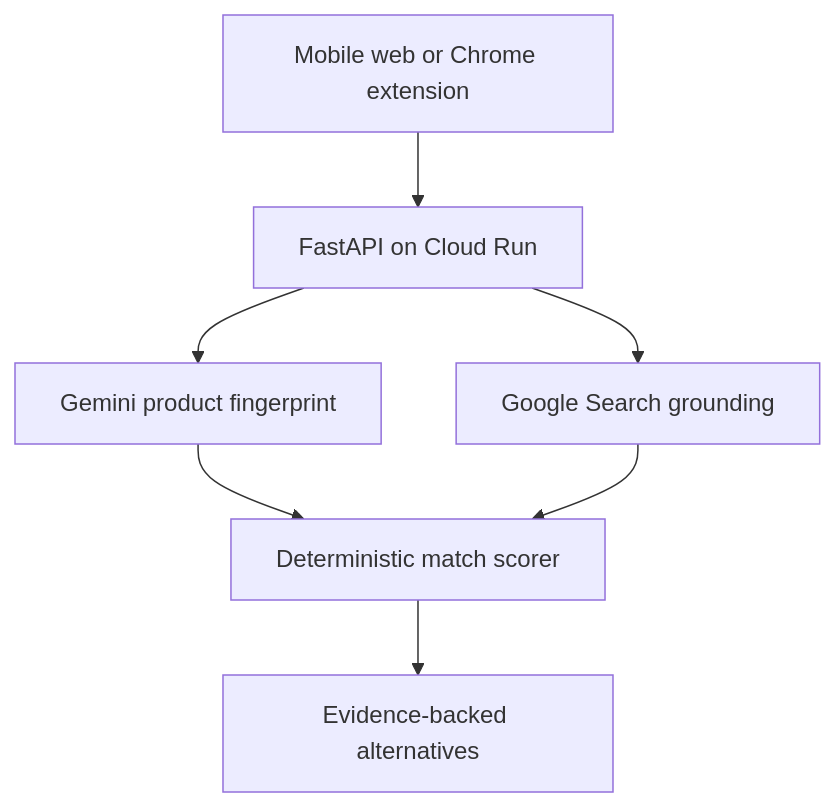
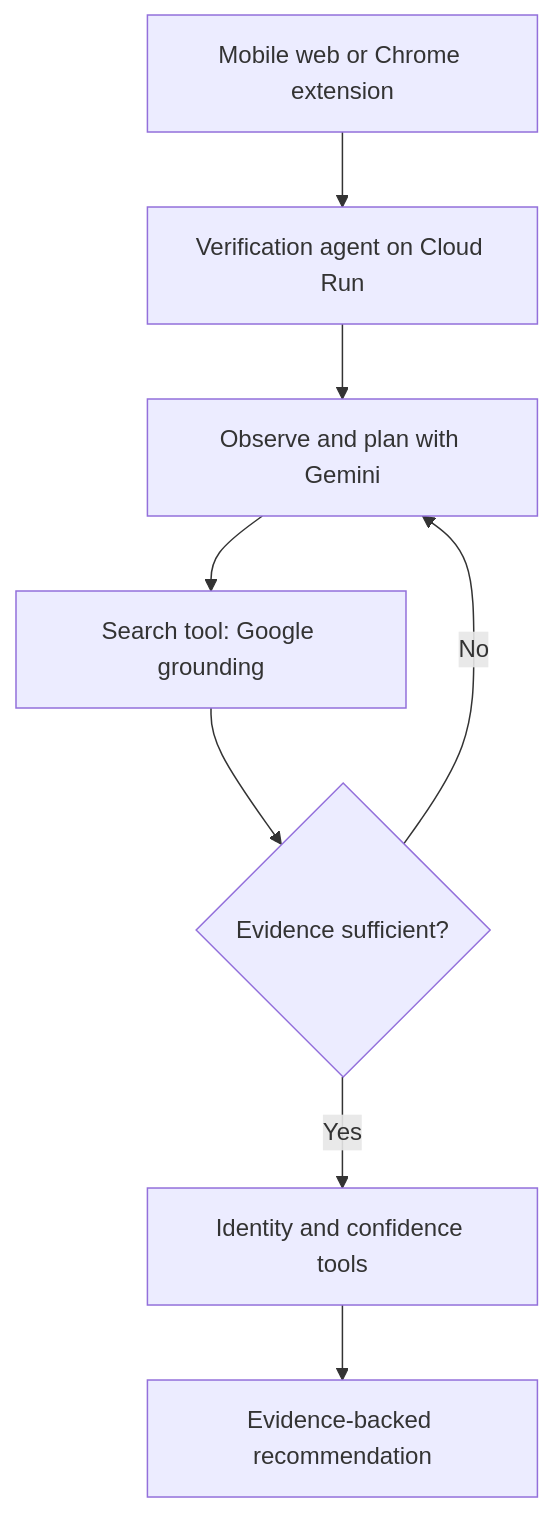
The diagram in README.md (sgirabin/2026-aibuildercup-hackathon), drawn with Mermaid before and after one commit. The commit also changed other lines of this file and 19 other files, not shown here.

Commit message:
Add explicit verification agent and confidence scoring

````diff
--- a/README.md
+++ b/README.md
@@ -23,9 +29,10 @@
 ```mermaid
 flowchart TD
-    A["Mobile web or Chrome extension"] --> B["FastAPI on Cloud Run"]
-    B --> C["Gemini product fingerprint"]
-    B --> D["Google Search grounding"]
-    C --> E["Deterministic match scorer"]
-    D --> E
-    E --> F["Evidence-backed alternatives"]
+    A["Mobile web or Chrome extension"] --> B["Verification agent on Cloud Run"]
+    B --> C["Observe and plan with Gemini"]
+    C --> D["Search tool: Google grounding"]
+    D --> E{"Evidence sufficient?"}
+    E -->|No| C
+    E -->|Yes| F["Identity and confidence tools"]
+    F --> G["Evidence-backed recommendation"]
 ```
````
